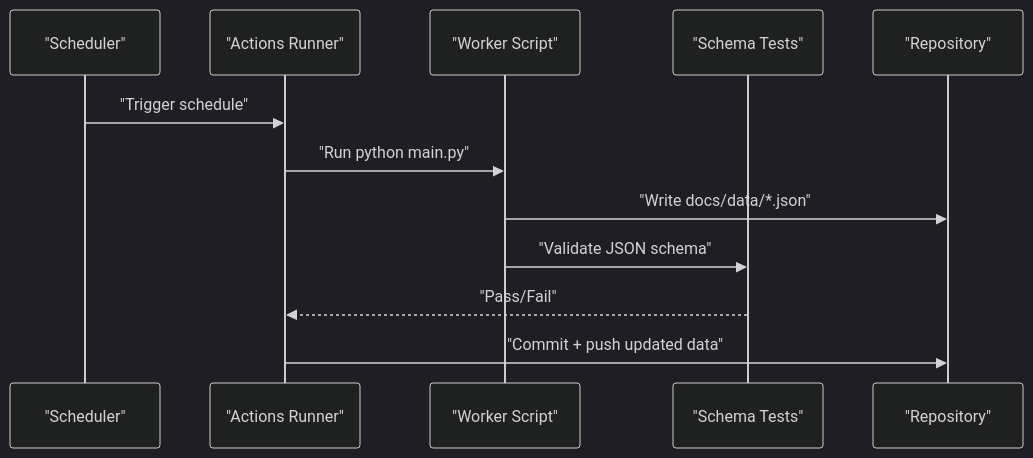
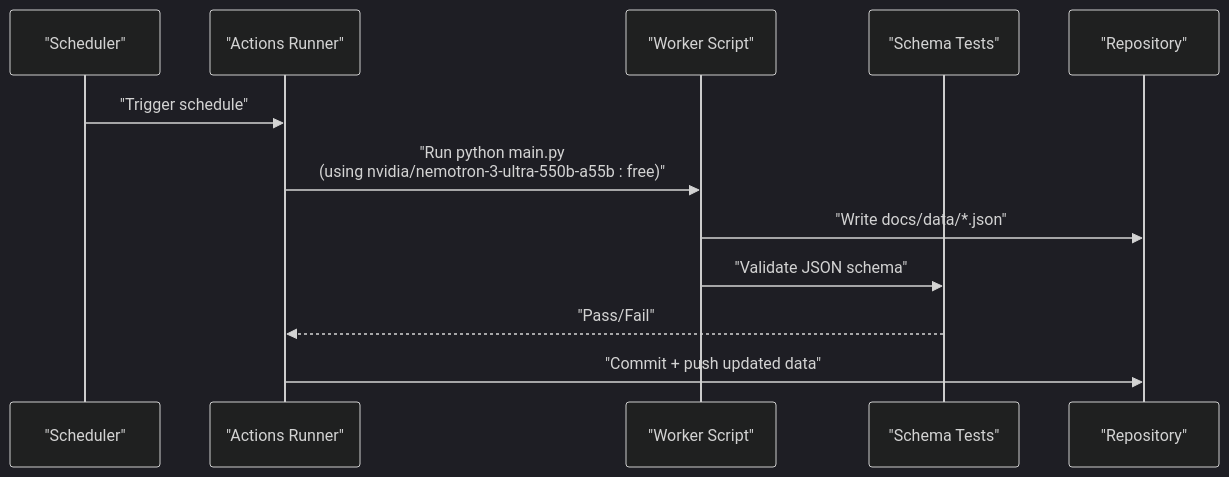
The second of 2 diagrams in .qoder/repowiki/en/content/Getting Started.md (shakthi-vinayak/news), drawn with Mermaid (dark theme) before and after one commit. The commit also changed other lines of this file and 37 other files, not shown here.

````diff
--- a/.qoder/repowiki/en/content/Getting Started.md
+++ b/.qoder/repowiki/en/content/Getting Started.md
@@ -254,14 +258,14 @@
 ```mermaid
 sequenceDiagram
 participant Cron as "Scheduler"
 participant GH_Actions as "Actions Runner"
 participant Worker as "Worker Script"
 participant Tests as "Schema Tests"
 participant Repo as "Repository"
 Cron->>GH_Actions : "Trigger schedule"
-GH_Actions->>Worker : "Run python main.py"
+GH_Actions->>Worker : "Run python main.py<br/>(using nvidia/nemotron-3-ultra-550b-a55b : free)"
 Worker->>Repo : "Write docs/data/*.json"
 Worker->>Tests : "Validate JSON schema"
 Tests-->>GH_Actions : "Pass/Fail"
 GH_Actions->>Repo : "Commit + push updated data"
 ```
````
